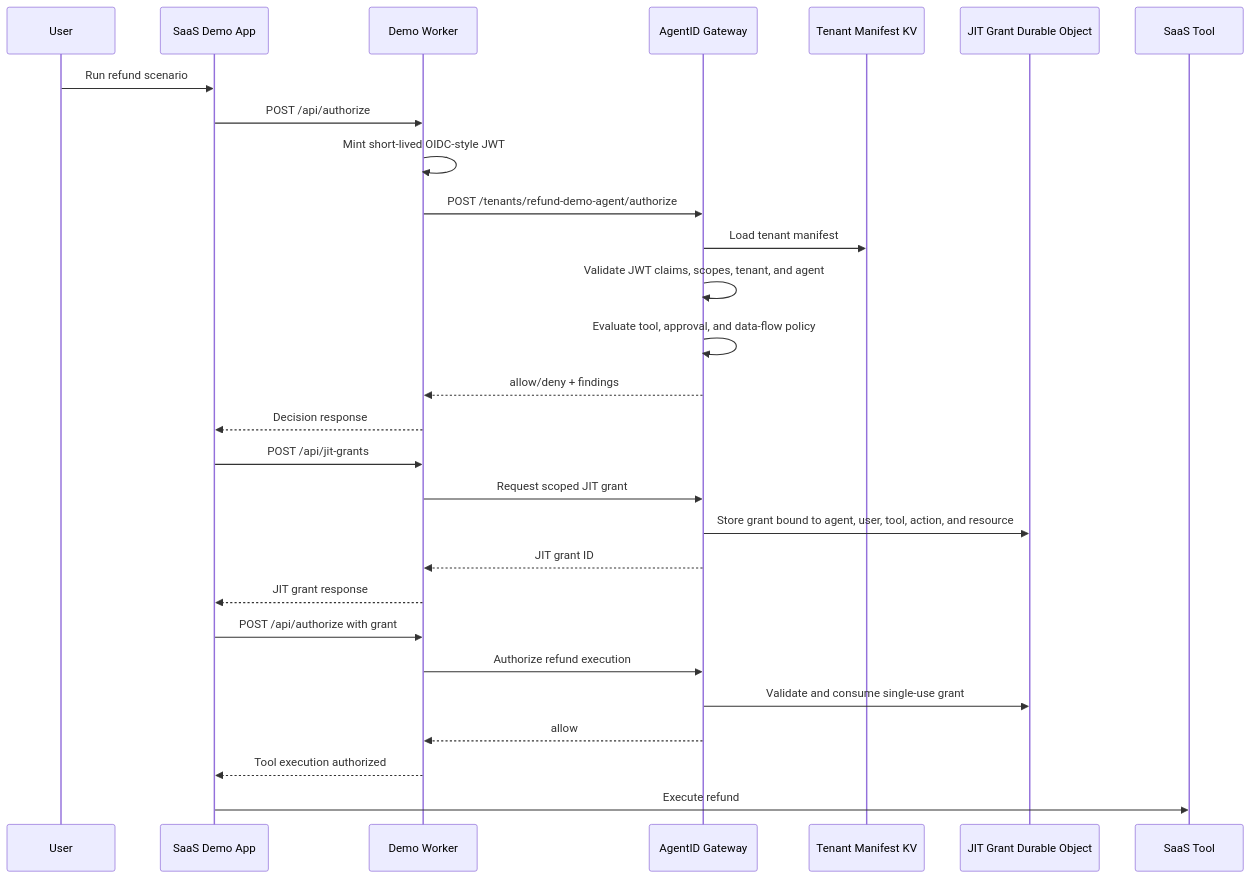
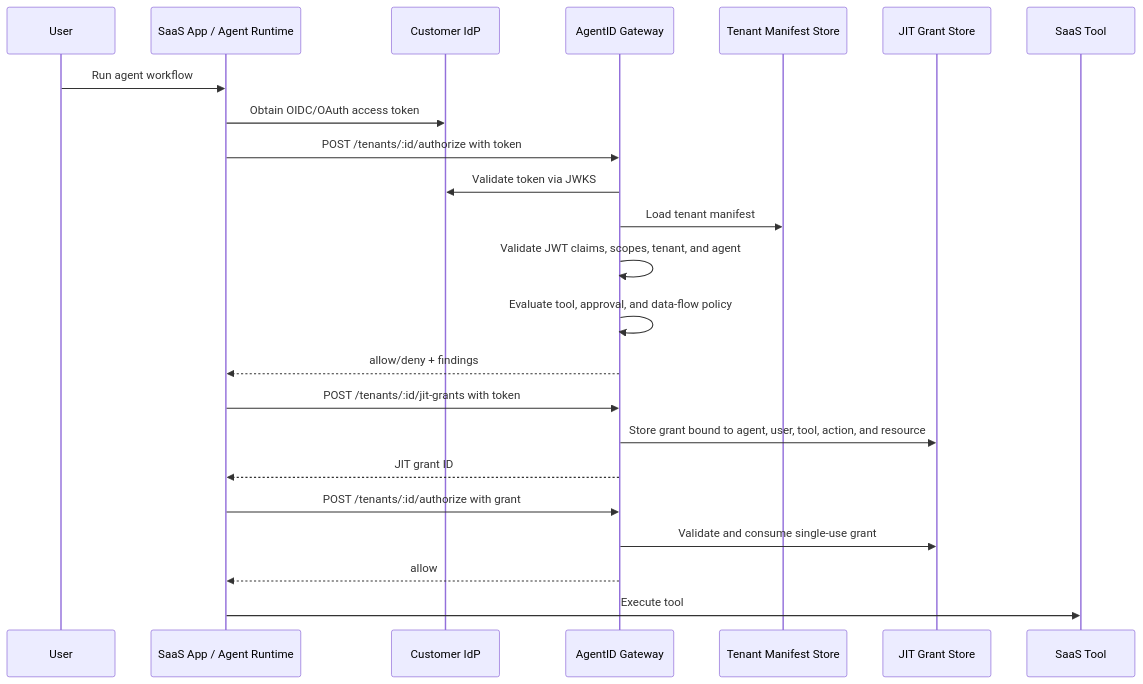
One commit to dinpd/AgentAction changed the diagram in README.md. Above: the diagram before and after it, drawn with Mermaid. The commit also changed other lines of this file, not shown here.

Commit message:
Clarify production OIDC call flow

````diff
--- a/README.md
+++ b/README.md
@@ -95,33 +95,28 @@
 ```mermaid
 sequenceDiagram
     participant User
-    participant App as SaaS Demo App
-    participant Demo as Demo Worker
+    participant App as SaaS App / Agent Runtime
+    participant IdP as Customer IdP
     participant Gateway as AgentID Gateway
-    participant KV as Tenant Manifest KV
-    participant DO as JIT Grant Durable Object
+    participant KV as Tenant Manifest Store
+    participant DO as JIT Grant Store
     participant Tool as SaaS Tool
 
-    User->>App: Run refund scenario
-    App->>Demo: POST /api/authorize
-    Demo->>Demo: Mint short-lived OIDC-style JWT
-    Demo->>Gateway: POST /tenants/refund-demo-agent/authorize
+    User->>App: Run agent workflow
+    App->>IdP: Obtain OIDC/OAuth access token
+    App->>Gateway: POST /tenants/:id/authorize with token
+    Gateway->>IdP: Validate token via JWKS
     Gateway->>KV: Load tenant manifest
     Gateway->>Gateway: Validate JWT claims, scopes, tenant, and agent
     Gateway->>Gateway: Evaluate tool, approval, and data-flow policy
-    Gateway-->>Demo: allow/deny + findings
-    Demo-->>App: Decision response
+    Gateway-->>App: allow/deny + findings
 
-    App->>Demo: POST /api/jit-grants
-    Demo->>Gateway: Request scoped JIT grant
+    App->>Gateway: POST /tenants/:id/jit-grants with token
     Gateway->>DO: Store grant bound to agent, user, tool, action, and resource
-    Gateway-->>Demo: JIT grant ID
-    Demo-->>App: JIT grant response
+    Gateway-->>App: JIT grant ID
 
-    App->>Demo: POST /api/authorize with grant
-    Demo->>Gateway: Authorize refund execution
+    App->>Gateway: POST /tenants/:id/authorize with grant
     Gateway->>DO: Validate and consume single-use grant
-    Gateway-->>Demo: allow
-    Demo-->>App: Tool execution authorized
-    App->>Tool: Execute refund
+    Gateway-->>App: allow
+    App->>Tool: Execute tool
 ```
````
